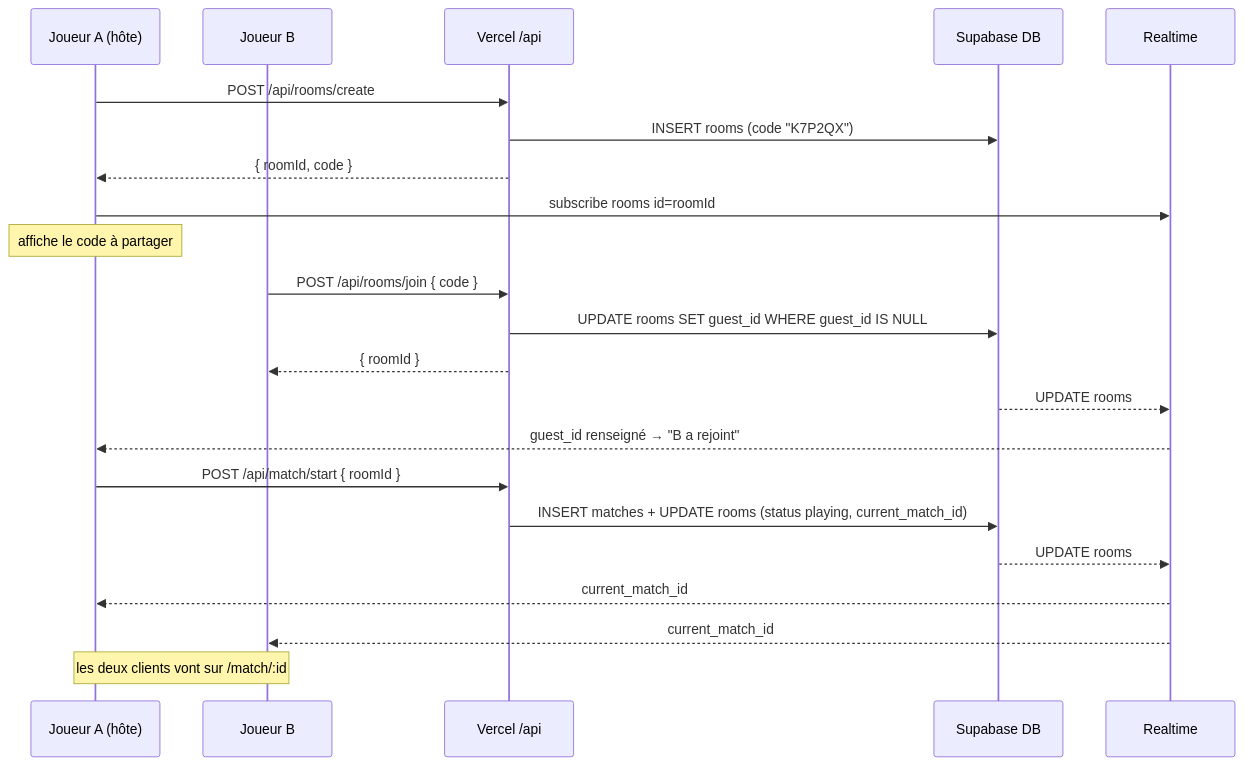
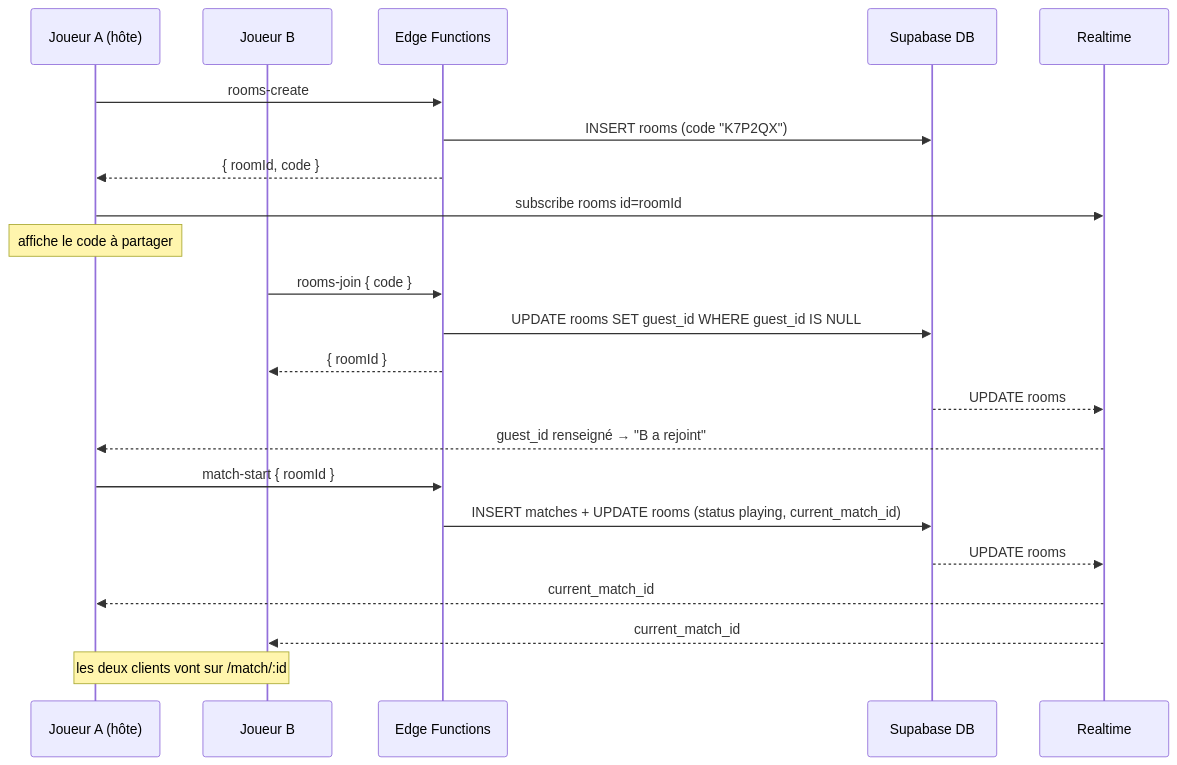
Before and after one commit to kifuj/Dark-Dungeon-Fantasy-Boss-Battle: the second of 3 diagrams in docs/04-MULTIJOUEUR.md, drawn with Mermaid. The commit also changed other lines of this file and 17 other files, not shown here.

````diff
--- a/docs/04-MULTIJOUEUR.md
+++ b/docs/04-MULTIJOUEUR.md
@@ -31,27 +31,27 @@
 ```mermaid
 sequenceDiagram
   participant A as Joueur A (hôte)
   participant B as Joueur B
-  participant API as Vercel /api
+  participant API as Edge Functions
   participant DB as Supabase DB
   participant RT as Realtime
 
-  A->>API: POST /api/rooms/create
+  A->>API: rooms-create
   API->>DB: INSERT rooms (code "K7P2QX")
   API-->>A: { roomId, code }
   A->>RT: subscribe rooms id=roomId
   Note over A: affiche le code à partager
 
-  B->>API: POST /api/rooms/join { code }
+  B->>API: rooms-join { code }
   API->>DB: UPDATE rooms SET guest_id WHERE guest_id IS NULL
   API-->>B: { roomId }
   DB-->>RT: UPDATE rooms
   RT-->>A: guest_id renseigné → "B a rejoint"
 
-  A->>API: POST /api/match/start { roomId }
+  A->>API: match-start { roomId }
   API->>DB: INSERT matches + UPDATE rooms (status playing, current_match_id)
   DB-->>RT: UPDATE rooms
   RT-->>A: current_match_id
   RT-->>B: current_match_id
   Note over A,B: les deux clients vont sur /match/:id
 ```
````
